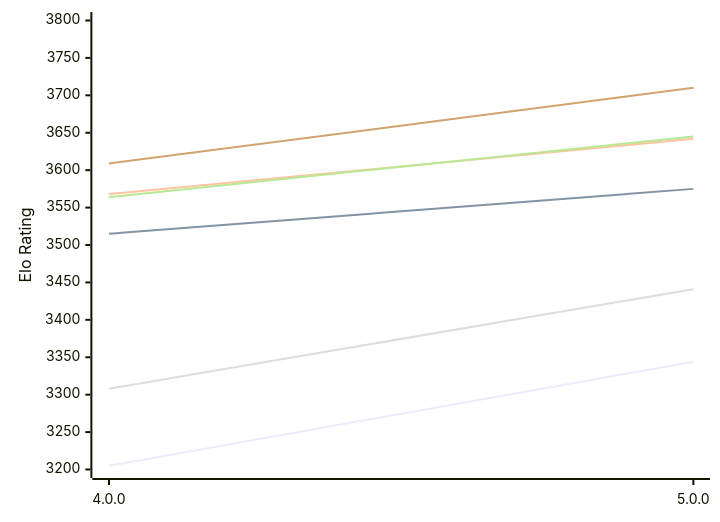
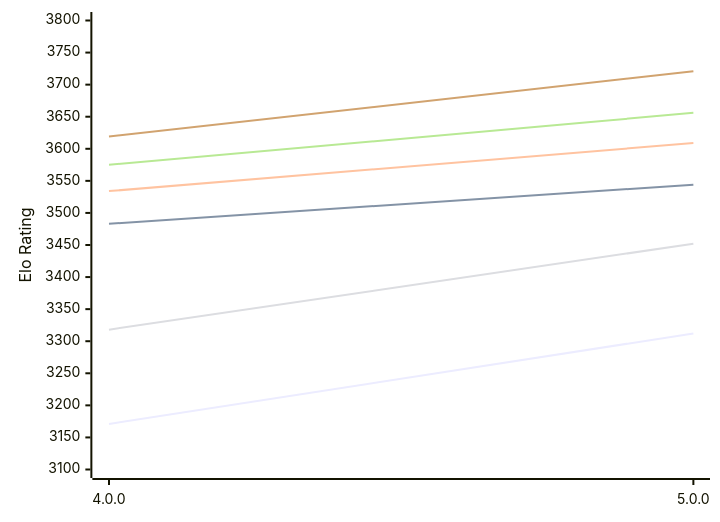
Before and after one commit to computer-chess-index/cci: the first of 2 diagrams in engines/Avalanche.md, drawn with Mermaid. The commit also changed other lines of this file, not shown here.

Commit message:
Update CCI Ratings (ELO VLTC) - 2026-11-12

````diff
--- a/engines/Avalanche.md
+++ b/engines/Avalanche.md
@@ -50,12 +50,12 @@
 ```mermaid
 %%{init: {"theme":"base","themeVariables":{"seriesColors:['#a3a3a3','#222221','#faa371']}}}%%
 xychart-beta
   x-axis ["4.0.0", "5.0.0"]
-  y-axis "Elo Rating" 3200 --> 3800
-  line "E1: STC (8.0+0.08s)" [3205, 3344]
-  line "E1: LTC (60.0+0.60s)" [3515, 3575]
-  line "E1: VLTC (2m24s+1.12s)" [3568, 3642]
-  line "P1: STC (8.0+0.08s)" [3308, 3441]
-  line "P1: LTC (60.0+0.60s)" [3564, 3645]
-  line "P1: VLTC (2m24s+1.12s)" [3609, 3710]
+  y-axis "Elo Rating" 3100 --> 3800
+  line "E1: STC (8.0+0.08s)" [3171, 3312]
+  line "E1: LTC (60.0+0.60s)" [3483, 3544]
+  line "E1: VLTC (2m24s+1.12s)" [3534, 3609]
+  line "P1: STC (8.0+0.08s)" [3318, 3452]
+  line "P1: LTC (60.0+0.60s)" [3575, 3656]
+  line "P1: VLTC (2m24s+1.12s)" [3619, 3721]
 ```
````
